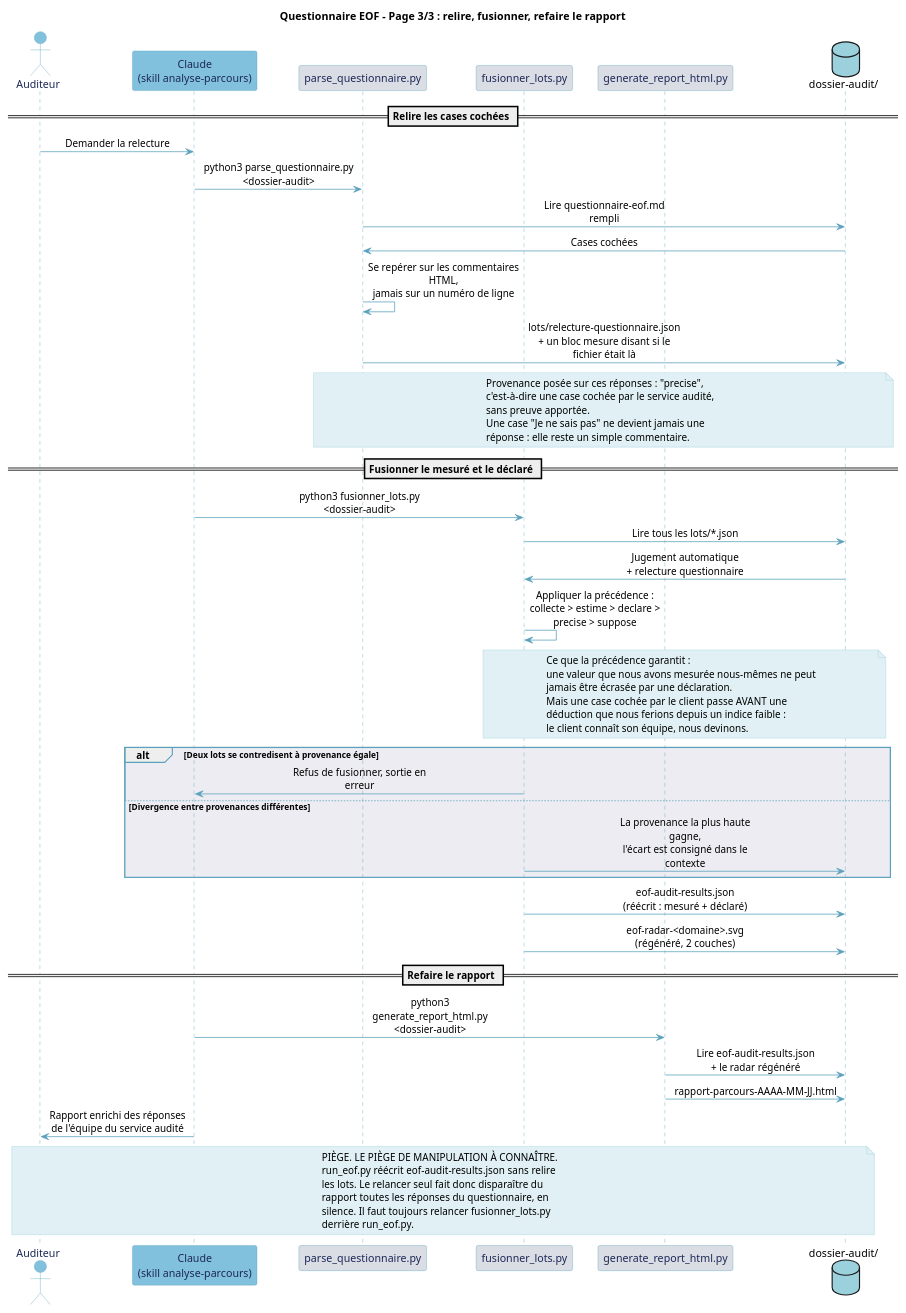
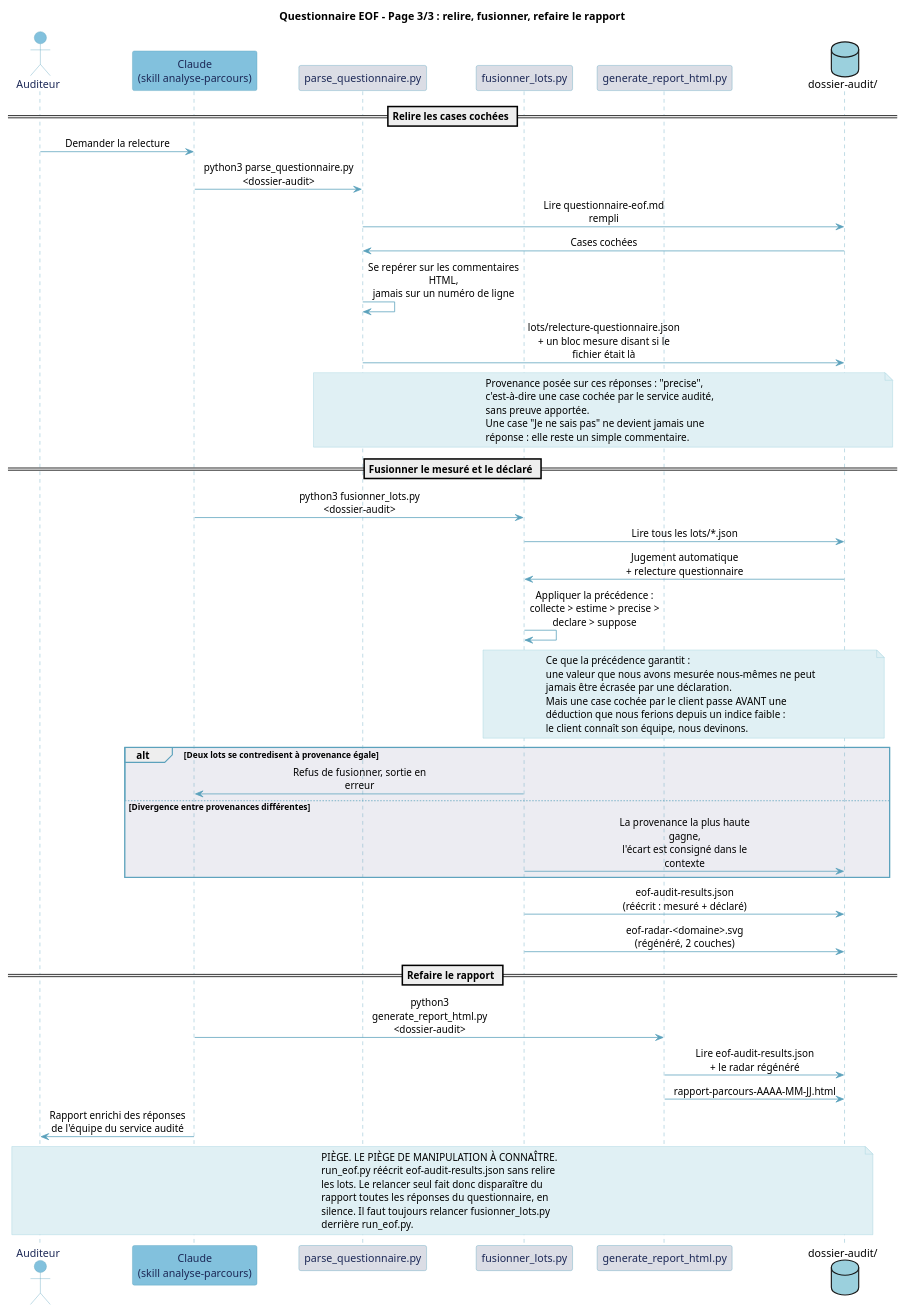
The diagram in documentation/diagrammes/eof-questionnaire-sequence-p3.puml (Boavizta/eroom), drawn with PlantUML before and after one commit. The commit also changed 14 other files, not shown here.

Commit message:
docs(diagrammes): corrige 4 diagrammes perimes (HAR/CWV/EOF manquant) et ajoute la vue generale macro en palette OCTO

```diff
--- a/documentation/diagrammes/eof-questionnaire-sequence-p3.puml
+++ b/documentation/diagrammes/eof-questionnaire-sequence-p3.puml
@@ -1,90 +1,90 @@
 @startuml eof-questionnaire-sequence-p3
 title Questionnaire EOF - Page 3/3 : relire, fusionner, refaire le rapport
 
 skinparam backgroundColor #FFFFFF
 skinparam participant {
   BackgroundColor #E0F0F4
   BorderColor #5BA1BC
   FontColor #1C2856
 }
 skinparam actor {
   BackgroundColor #E0F0F4
   BorderColor #5BA1BC
   FontColor #1C2856
 }
 skinparam ArrowColor #5BA1BC
 skinparam SequenceLifeLineBorderColor #5BA1BC
 skinparam SequenceGroupBodyBackgroundColor #ECECF2
 skinparam SequenceGroupBorderColor #5BA1BC
 skinparam NoteBackgroundColor #E0F0F4
 skinparam NoteBorderColor #9BD0DD
 skinparam sequenceMessageAlign center
 skinparam maxMessageSize 200
 skinparam responseMessageBelowArrow true
 
 actor "Auditeur" as U #82C1DD
 participant "Claude\n(skill analyse-parcours)" as C #82C1DD
 participant "parse_questionnaire.py" as PQ #DBDDE5
 participant "fusionner_lots.py" as FL #DBDDE5
 participant "generate_report_html.py" as GR #DBDDE5
 database "dossier-audit/" as FS #9BD0DD
 
 == Relire les cases cochées ==
 
 U -> C : Demander la relecture
 C -> PQ : python3 parse_questionnaire.py <dossier-audit>
 PQ -> FS : Lire questionnaire-eof.md rempli
 FS -> PQ : Cases cochées
 PQ -> PQ : Se repérer sur les commentaires HTML,\njamais sur un numéro de ligne
 PQ -> FS : lots/relecture-questionnaire.json\n+ un bloc mesure disant si le fichier était là
 
 note over PQ, FS
   Provenance posée sur ces réponses : "precise",
   c'est-à-dire une case cochée par le service audité,
   sans preuve apportée.
   Une case "Je ne sais pas" ne devient jamais une
   réponse : elle reste un simple commentaire.
 end note
 
 == Fusionner le mesuré et le déclaré ==
 
 C -> FL : python3 fusionner_lots.py <dossier-audit>
 FL -> FS : Lire tous les lots/*.json
 FS -> FL : Jugement automatique\n+ relecture questionnaire
-FL -> FL : Appliquer la précédence :\ncollecte > estime > declare > precise > suppose
+FL -> FL : Appliquer la précédence :\ncollecte > estime > precise > declare > suppose
 
 note over FL, FS
   Ce que la précédence garantit :
   une valeur que nous avons mesurée nous-mêmes ne peut
   jamais être écrasée par une déclaration.
   Mais une case cochée par le client passe AVANT une
   déduction que nous ferions depuis un indice faible :
   le client connaît son équipe, nous devinons.
 end note
 
 alt Deux lots se contredisent à provenance égale
   FL -> C : Refus de fusionner, sortie en erreur
 else Divergence entre provenances différentes
   FL -> FS : La provenance la plus haute gagne,\nl'écart est consigné dans le contexte
 end
 
 FL -> FS : eof-audit-results.json\n(réécrit : mesuré + déclaré)
 FL -> FS : eof-radar-<domaine>.svg\n(régénéré, 2 couches)
 
 == Refaire le rapport ==
 
 C -> GR : python3 generate_report_html.py <dossier-audit>
 GR -> FS : Lire eof-audit-results.json\n+ le radar régénéré
 GR -> FS : rapport-parcours-AAAA-MM-JJ.html
 C -> U : Rapport enrichi des réponses\nde l'équipe du service audité
 
 note over U, FS
   PIÈGE. LE PIÈGE DE MANIPULATION À CONNAÎTRE.
   run_eof.py réécrit eof-audit-results.json sans relire
   les lots. Le relancer seul fait donc disparaître du
   rapport toutes les réponses du questionnaire, en
   silence. Il faut toujours relancer fusionner_lots.py
   derrière run_eof.py.
 end note
 
 @enduml
```
